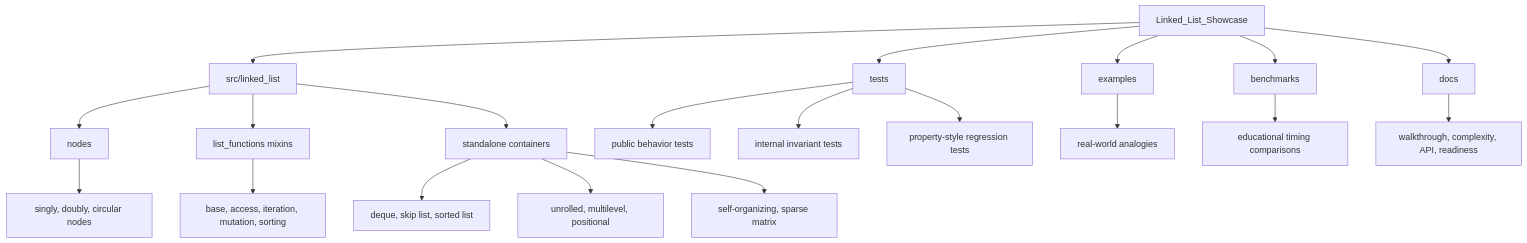
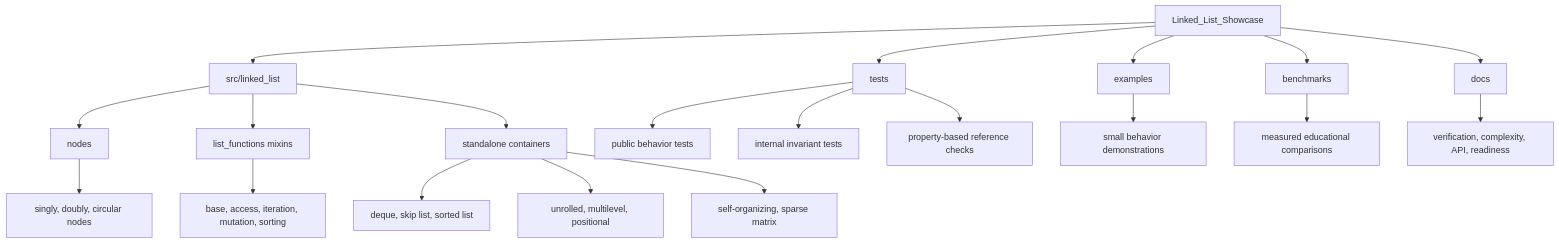
One commit to matt-dawidowicz/Data-Science-AI-Portfolio changed the diagram in Linked_List_Showcase/docs/portfolio_showcase.md. Above: the diagram before and after it, drawn with Mermaid. The commit also changed other lines of this file, not shown here.

Commit message:
Recast linked list showcase around verification evidence

````diff
--- a/Linked_List_Showcase/docs/portfolio_showcase.md
+++ b/Linked_List_Showcase/docs/portfolio_showcase.md
@@ -62,26 +99,26 @@
 ```mermaid
 flowchart TD
     A["Linked_List_Showcase"] --> B["src/linked_list"]
     A --> C["tests"]
     A --> D["examples"]
     A --> E["benchmarks"]
     A --> F["docs"]
 
     B --> G["nodes"]
     B --> H["list_functions mixins"]
     B --> I["standalone containers"]
 
     G --> G1["singly, doubly, circular nodes"]
     H --> H1["base, access, iteration, mutation, sorting"]
     I --> I1["deque, skip list, sorted list"]
     I --> I2["unrolled, multilevel, positional"]
     I --> I3["self-organizing, sparse matrix"]
 
     C --> C1["public behavior tests"]
     C --> C2["internal invariant tests"]
-    C --> C3["property-style regression tests"]
+    C --> C3["property-based reference checks"]
 
-    D --> D1["real-world analogies"]
-    E --> E1["educational timing comparisons"]
-    F --> F1["walkthrough, complexity, API, readiness"]
+    D --> D1["small behavior demonstrations"]
+    E --> E1["measured educational comparisons"]
+    F --> F1["verification, complexity, API, readiness"]
 ```
````
